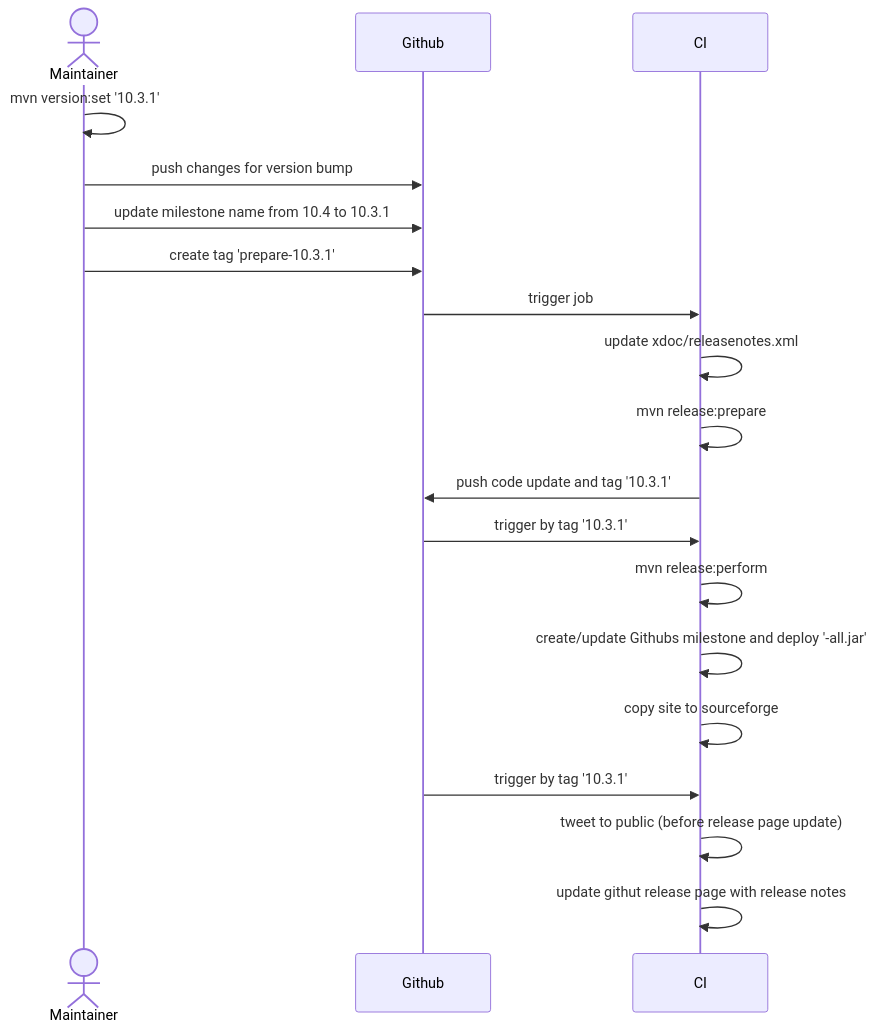
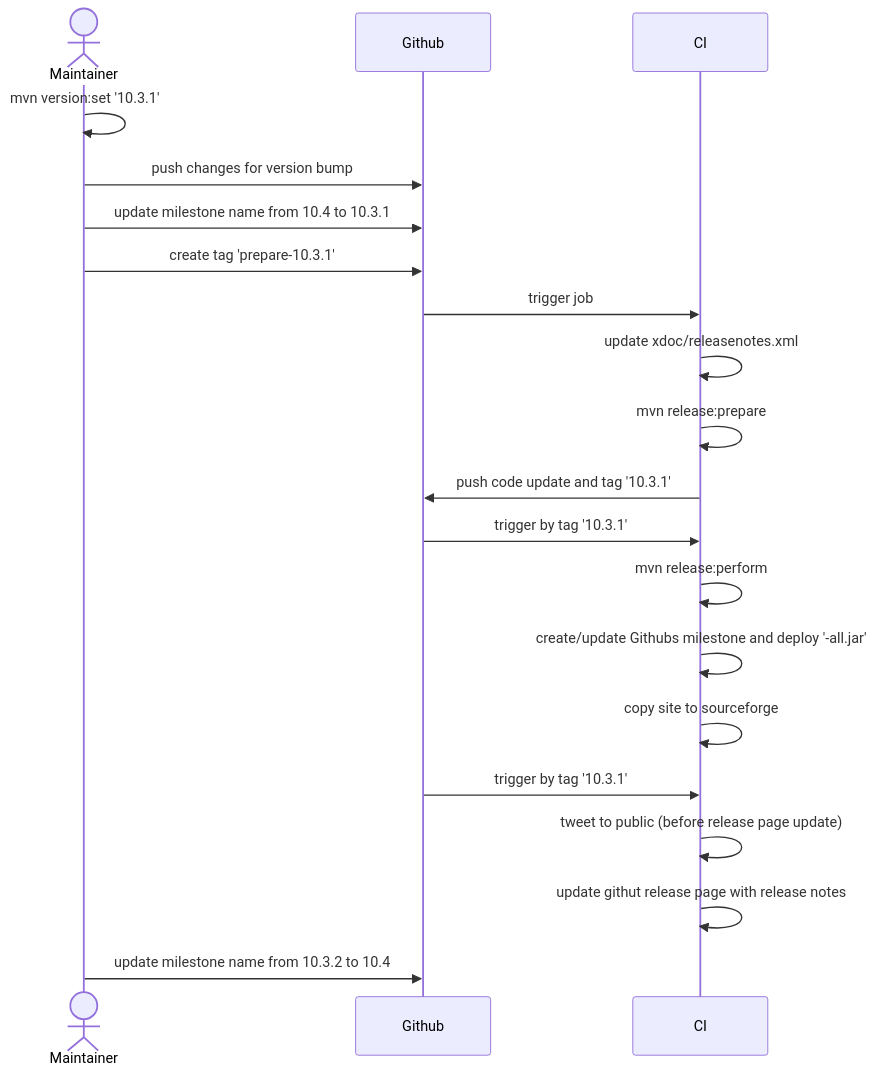
One commit to checkstyle/contribution changed the diagram in releasenotes-builder/diagrams.md. Above: the diagram before and after it, drawn with Mermaid.

Commit message:
doc: diagram - update milestone after minor release

````diff
--- a/releasenotes-builder/diagrams.md
+++ b/releasenotes-builder/diagrams.md
@@ -5,24 +5,25 @@
 ```mermaid
 sequenceDiagram
     actor Maintainer
     participant Github
     participant CI
     Maintainer->>Maintainer: mvn version:set '10.3.1'
     Maintainer->>Github: push changes for version bump
     Maintainer->>Github: update milestone name from 10.4 to 10.3.1
     Maintainer->>Github: create tag 'prepare-10.3.1'
     Github->>CI: trigger job
     CI->>CI: update xdoc/releasenotes.xml
     CI->>CI: mvn release:prepare
     CI->>Github: push code update and tag '10.3.1'
 
     Github->>CI: trigger by tag '10.3.1'
     CI->>CI: mvn release:perform
     CI->>CI: create/update Githubs milestone and deploy '-all.jar'
     CI->>CI: copy site to sourceforge
 
     Github->>CI: trigger by tag '10.3.1'
     CI->>CI: tweet to public (before release page update)
     CI->>CI: update githut release page with release notes
 
+    Maintainer->>Github: update milestone name from 10.3.2 to 10.4
 ```
````
